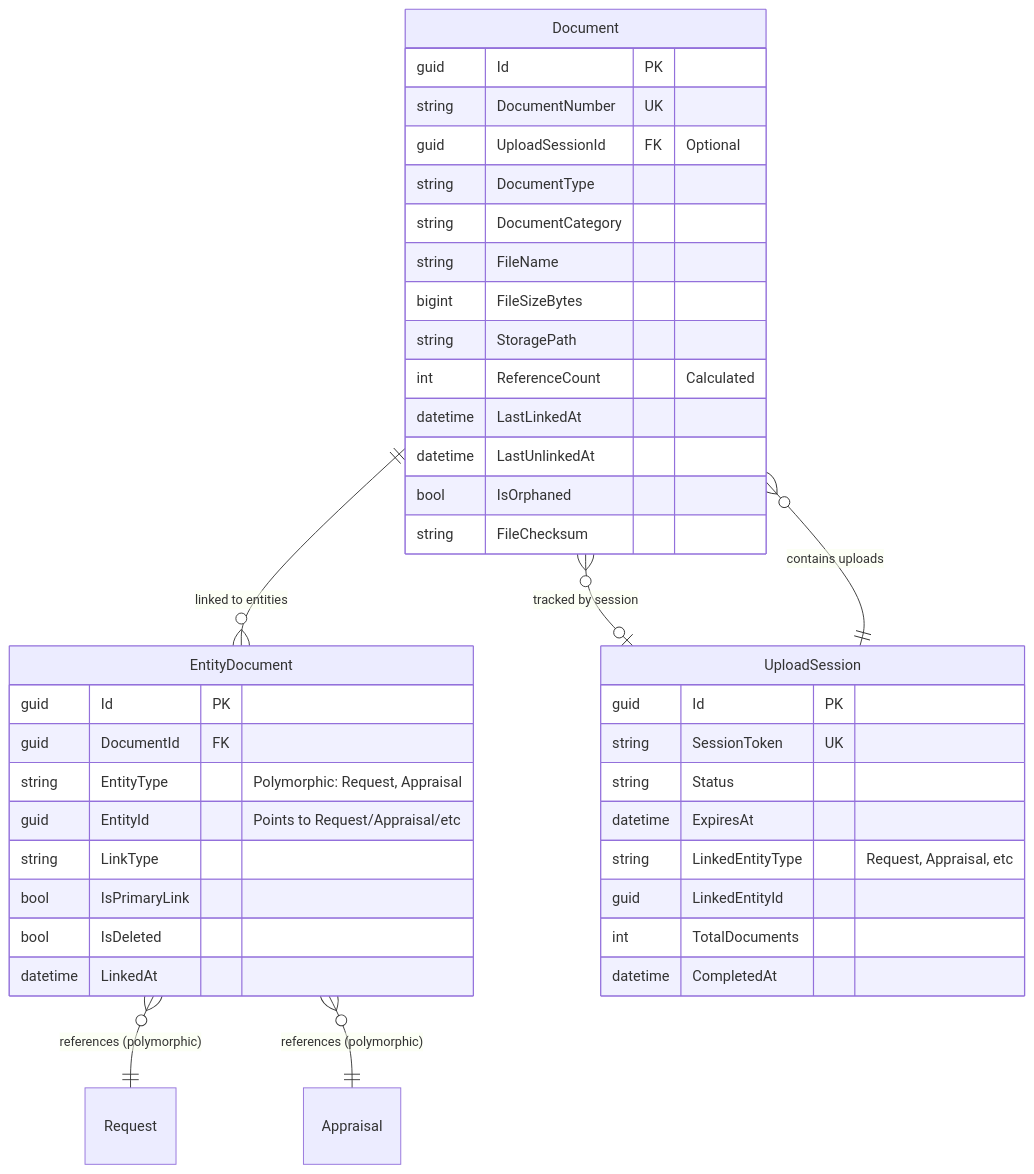
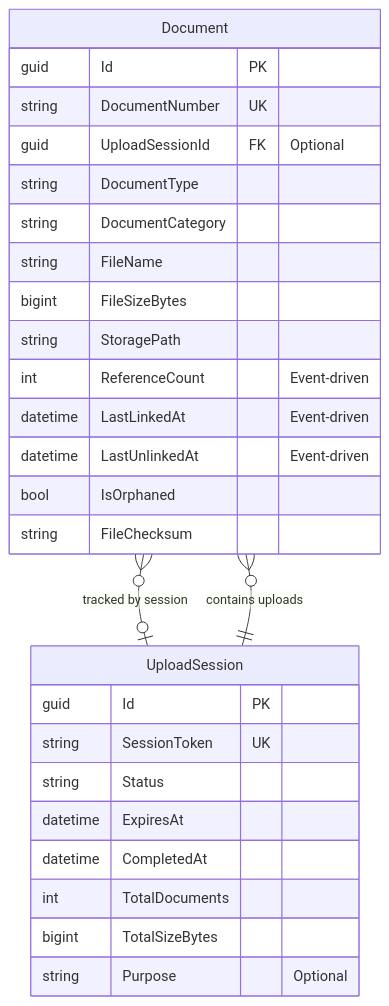
One commit to immortalgky/collateral-appraisal-system-api changed the first of 4 diagrams in docs/data-model/05-document-module.md. Above: the diagram before and after it, drawn with Mermaid. The commit also changed other lines of this file and 63 other files, not shown here.

````diff
--- a/docs/data-model/05-document-module.md
+++ b/docs/data-model/05-document-module.md
@@ -43,47 +47,32 @@
 ```mermaid
 erDiagram
-    Document ||--o{ EntityDocument : "linked to entities"
     Document }o--o| UploadSession : "tracked by session"
     UploadSession ||--o{ Document : "contains uploads"
-
-    EntityDocument }o--|| Request : "references (polymorphic)"
-    EntityDocument }o--|| Appraisal : "references (polymorphic)"
 
     Document {
         guid Id PK
         string DocumentNumber UK
         guid UploadSessionId FK "Optional"
         string DocumentType
         string DocumentCategory
         string FileName
         bigint FileSizeBytes
         string StoragePath
-        int ReferenceCount "Calculated"
-        datetime LastLinkedAt
-        datetime LastUnlinkedAt
+        int ReferenceCount "Event-driven"
+        datetime LastLinkedAt "Event-driven"
+        datetime LastUnlinkedAt "Event-driven"
         bool IsOrphaned
         string FileChecksum
     }
 
     UploadSession {
         guid Id PK
         string SessionToken UK
         string Status
         datetime ExpiresAt
-        string LinkedEntityType "Request, Appraisal, etc"
-        guid LinkedEntityId
+        datetime CompletedAt
         int TotalDocuments
-        datetime CompletedAt
-    }
-
-    EntityDocument {
-        guid Id PK
-        guid DocumentId FK
-        string EntityType "Polymorphic: Request, Appraisal"
-        guid EntityId "Points to Request/Appraisal/etc"
-        string LinkType
-        bool IsPrimaryLink
-        bool IsDeleted
-        datetime LinkedAt
+        bigint TotalSizeBytes
+        string Purpose "Optional"
     }
 ```
````
